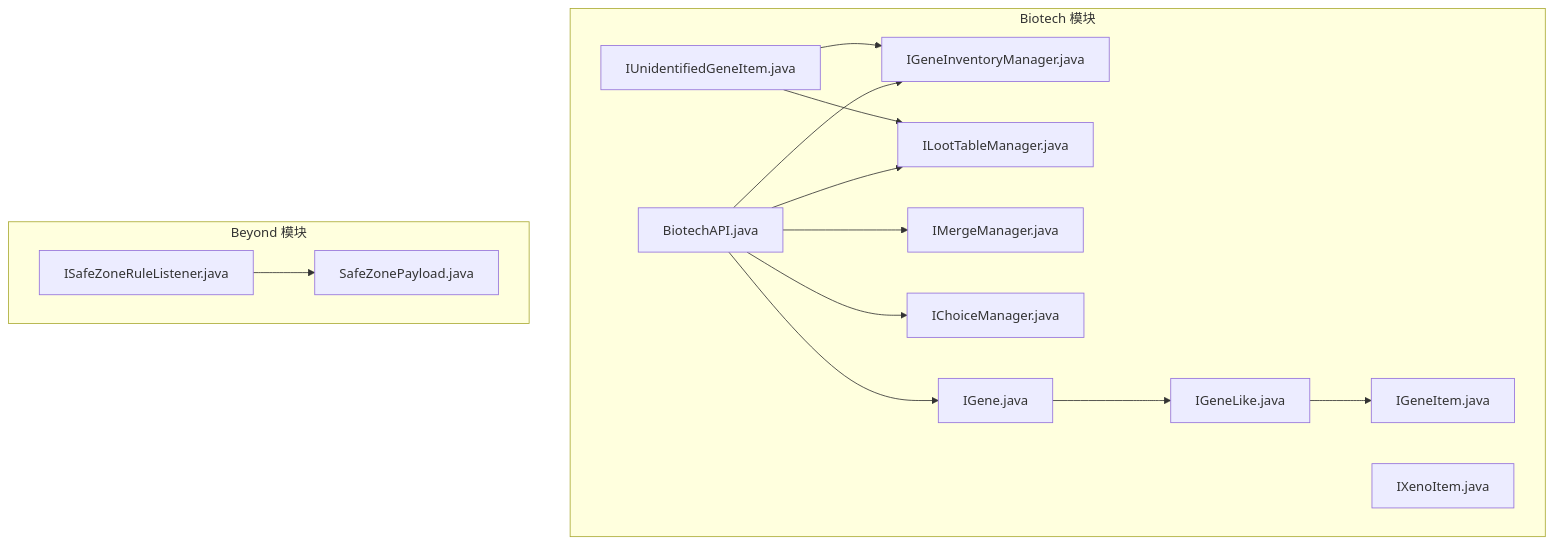
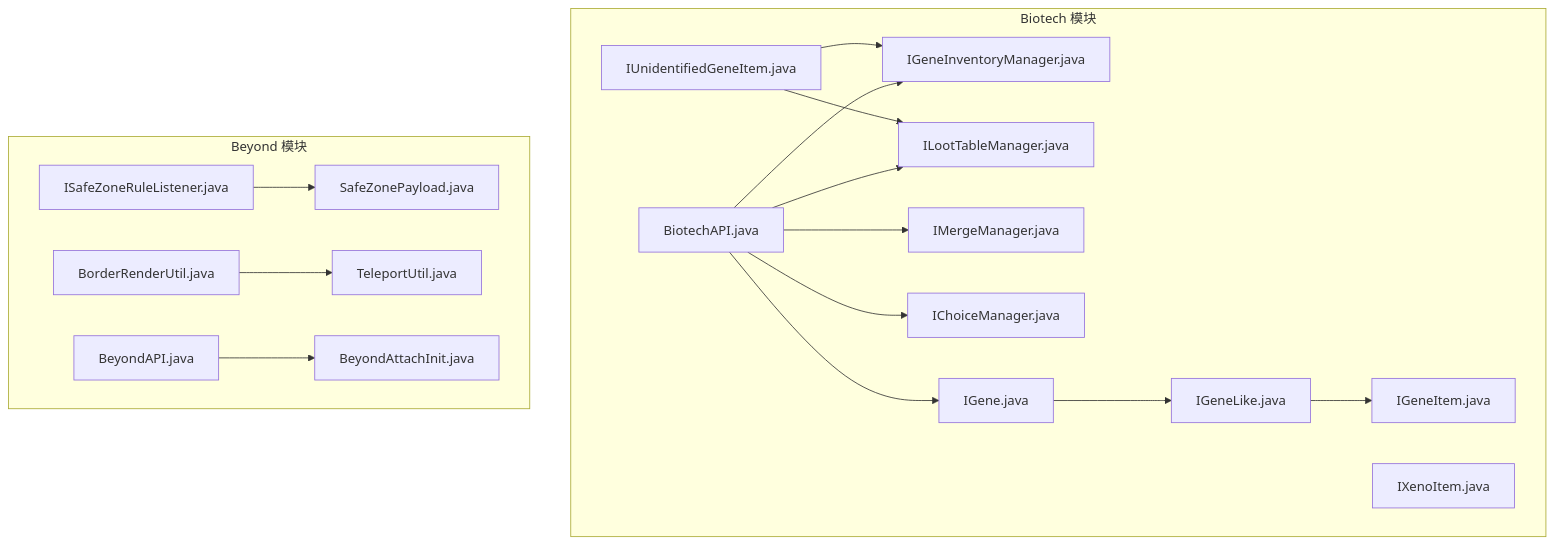
The first of 6 diagrams in .qoder/repowiki/zh/content/API参考文档/API参考文档.md (Ver-shift/SubModulesGeneHunter), drawn with Mermaid before and after one commit. The commit also changed other lines of this file and 16 other files, not shown here.

````diff
--- a/.qoder/repowiki/zh/content/API参考文档/API参考文档.md
+++ b/.qoder/repowiki/zh/content/API参考文档/API参考文档.md
@@ -45,29 +59,35 @@
 ```mermaid
 graph TB
 subgraph "Biotech 模块"
 BA["BiotechAPI.java"]
 GENECORE["IGene.java"]
 GENELIKE["IGeneLike.java"]
 GENELIKEITEM["IGeneItem.java"]
 UNIDENTGENE["IUnidentifiedGeneItem.java"]
 XENEOBJ["IXenoItem.java"]
 CHOICE["IChoiceManager.java"]
 INV["IGeneInventoryManager.java"]
 LOOT["ILootTableManager.java"]
 MERGE["IMergeManager.java"]
 end
 subgraph "Beyond 模块"
 SZLIST["ISafeZoneRuleListener.java"]
 SZPAY["SafeZonePayload.java"]
+BORDERUTIL["BorderRenderUtil.java"]
+TPUTIL["TeleportUtil.java"]
+BEYOND["BeyondAPI.java"]
+BEYONDATTACH["BeyondAttachInit.java"]
 end
 BA --> INV
 BA --> LOOT
 BA --> MERGE
 BA --> CHOICE
 BA --> GENECORE
 GENECORE --> GENELIKE
 GENELIKE --> GENELIKEITEM
 UNIDENTGENE --> LOOT
 UNIDENTGENE --> INV
 SZLIST --> SZPAY
+BORDERUTIL --> TPUTIL
+BEYOND --> BEYONDATTACH
 ```
````
